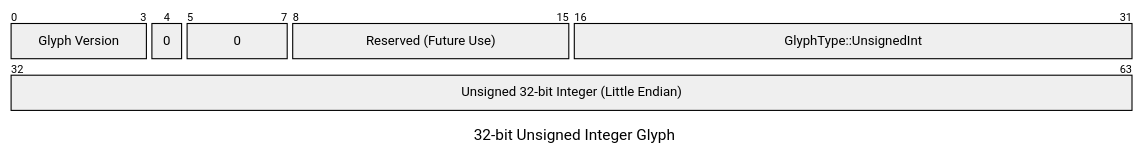
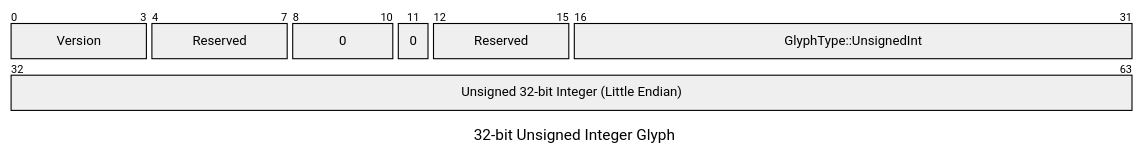
Before and after one commit to elara-themica/glifs-contributor-guide: the fifth of 15 diagrams in src/binary_formats.md, drawn with Mermaid. The commit also changed other lines of this file, not shown here.

````diff
--- a/src/binary_formats.md
+++ b/src/binary_formats.md
@@ -125,12 +148,13 @@
 ```mermaid
 ---
 title: "32-bit Unsigned Integer Glyph"
 ---
 packet-beta
-0-3: "Glyph Version"
-4: "0"
-5-7: "0"
-8-15: "Reserved (Future Use)"
+0-3: "Version"
+4-7: "Reserved"
+8-10: "0"
+11: "0"
+12-15: "Reserved"
 16-31: "GlyphType::UnsignedInt"
 32-63: "Unsigned 32-bit Integer (Little Endian)"
 ```
````
